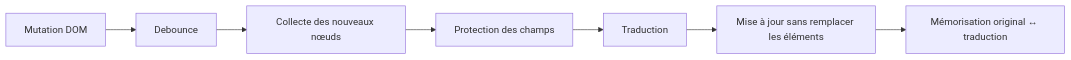
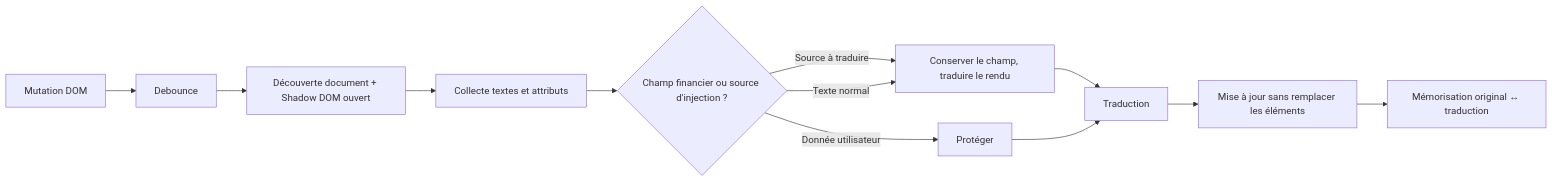
Before and after one commit to kaezerwatto/KORA: the fifth of 7 diagrams in docs/ARCHITECTURE.md, drawn with Mermaid. The commit also changed other lines of this file and 20 other files, not shown here.

````diff
--- a/docs/ARCHITECTURE.md
+++ b/docs/ARCHITECTURE.md
@@ -143,9 +143,14 @@
 ```mermaid
 flowchart LR
     A[Mutation DOM] --> B[Debounce]
-    B --> C[Collecte des nouveaux nœuds]
-    C --> D[Protection des champs]
-    D --> E[Traduction]
-    E --> F[Mise à jour sans remplacer les éléments]
-    F --> G[Mémorisation original ↔ traduction]
+    B --> C[Découverte document + Shadow DOM ouvert]
+    C --> D[Collecte textes et attributs]
+    D --> E{Champ financier ou source d'injection ?}
+    E -->|Donnée utilisateur| P[Protéger]
+    E -->|Source à traduire| T[Conserver le champ, traduire le rendu]
+    E -->|Texte normal| T
+    T --> F[Traduction]
+    P --> F
+    F --> G[Mise à jour sans remplacer les éléments]
+    G --> H[Mémorisation original ↔ traduction]
 ```
````
